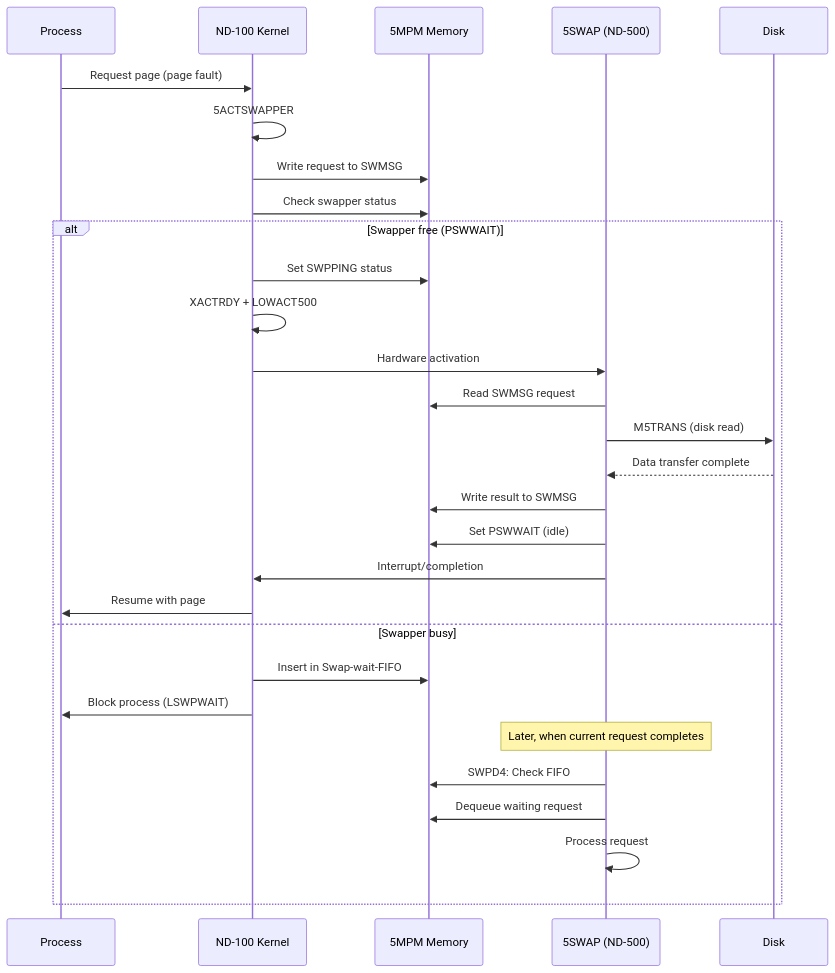
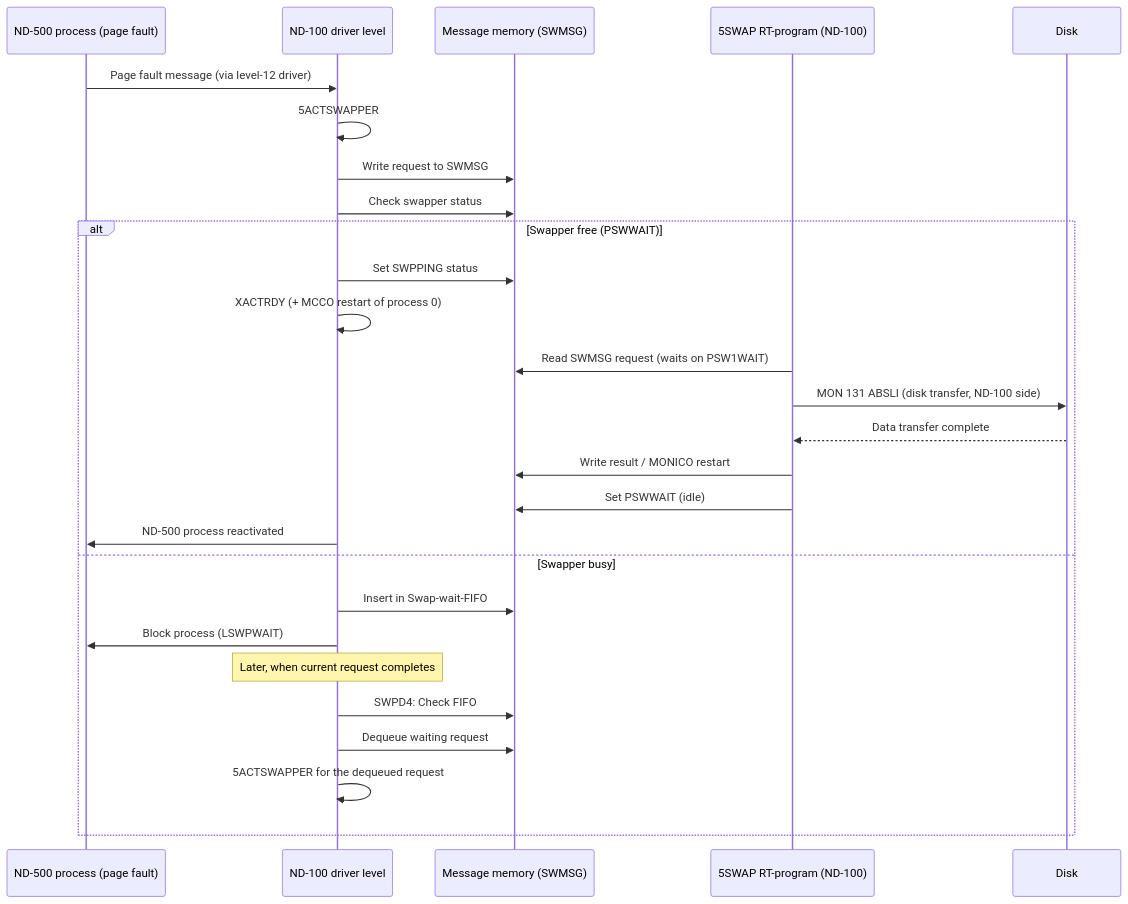
The tenth of 11 diagrams in SINTRAN/ND500/ND500-SWAPPER-ANALYSIS.md (HackerCorpLabs/NDInsight), drawn with Mermaid before and after one commit. The commit also changed other lines of this file and 3 other files, not shown here.

````diff
--- a/SINTRAN/ND500/ND500-SWAPPER-ANALYSIS.md
+++ b/SINTRAN/ND500/ND500-SWAPPER-ANALYSIS.md
@@ -408,33 +408,31 @@
 ```mermaid
 sequenceDiagram
-    participant P as Process
-    participant K as ND-100 Kernel
-    participant M as 5MPM Memory
-    participant S as 5SWAP (ND-500)
+    participant P as ND-500 process (page fault)
+    participant K as ND-100 driver level
+    participant M as Message memory (SWMSG)
+    participant S as 5SWAP RT-program (ND-100)
     participant D as Disk
 
-    P->>K: Request page (page fault)
+    P->>K: Page fault message (via level-12 driver)
     K->>K: 5ACTSWAPPER
     K->>M: Write request to SWMSG
     K->>M: Check swapper status
 
     alt Swapper free (PSWWAIT)
         K->>M: Set SWPPING status
-        K->>K: XACTRDY + LOWACT500
-        K->>S: Hardware activation
-        S->>M: Read SWMSG request
-        S->>D: M5TRANS (disk read)
+        K->>K: XACTRDY (+ MCCO restart of process 0)
+        S->>M: Read SWMSG request (waits on PSW1WAIT)
+        S->>D: MON 131 ABSLI (disk transfer, ND-100 side)
         D-->>S: Data transfer complete
-        S->>M: Write result to SWMSG
+        S->>M: Write result / MONICO restart
         S->>M: Set PSWWAIT (idle)
-        S->>K: Interrupt/completion
-        K->>P: Resume with page
+        K->>P: ND-500 process reactivated
     else Swapper busy
         K->>M: Insert in Swap-wait-FIFO
         K->>P: Block process (LSWPWAIT)
-        Note over S: Later, when current request completes
-        S->>M: SWPD4: Check FIFO
-        S->>M: Dequeue waiting request
-        S->>S: Process request
+        Note over K: Later, when current request completes
+        K->>M: SWPD4: Check FIFO
+        K->>M: Dequeue waiting request
+        K->>K: 5ACTSWAPPER for the dequeued request
     end
 ```
````
